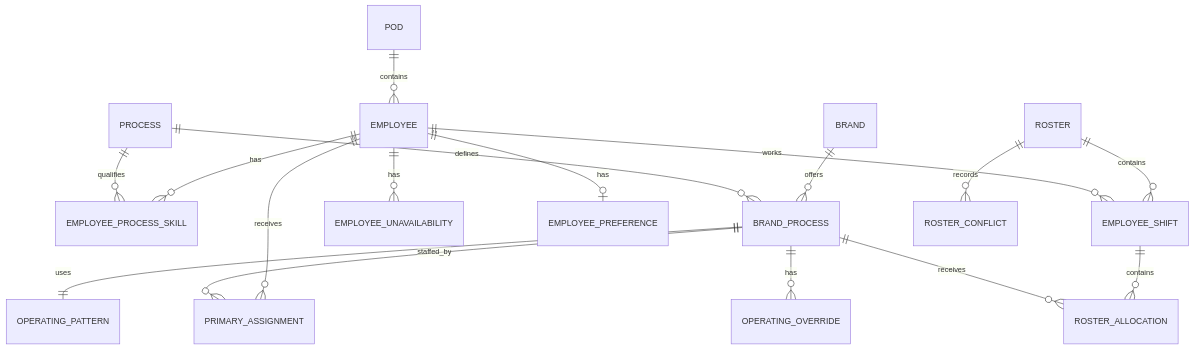
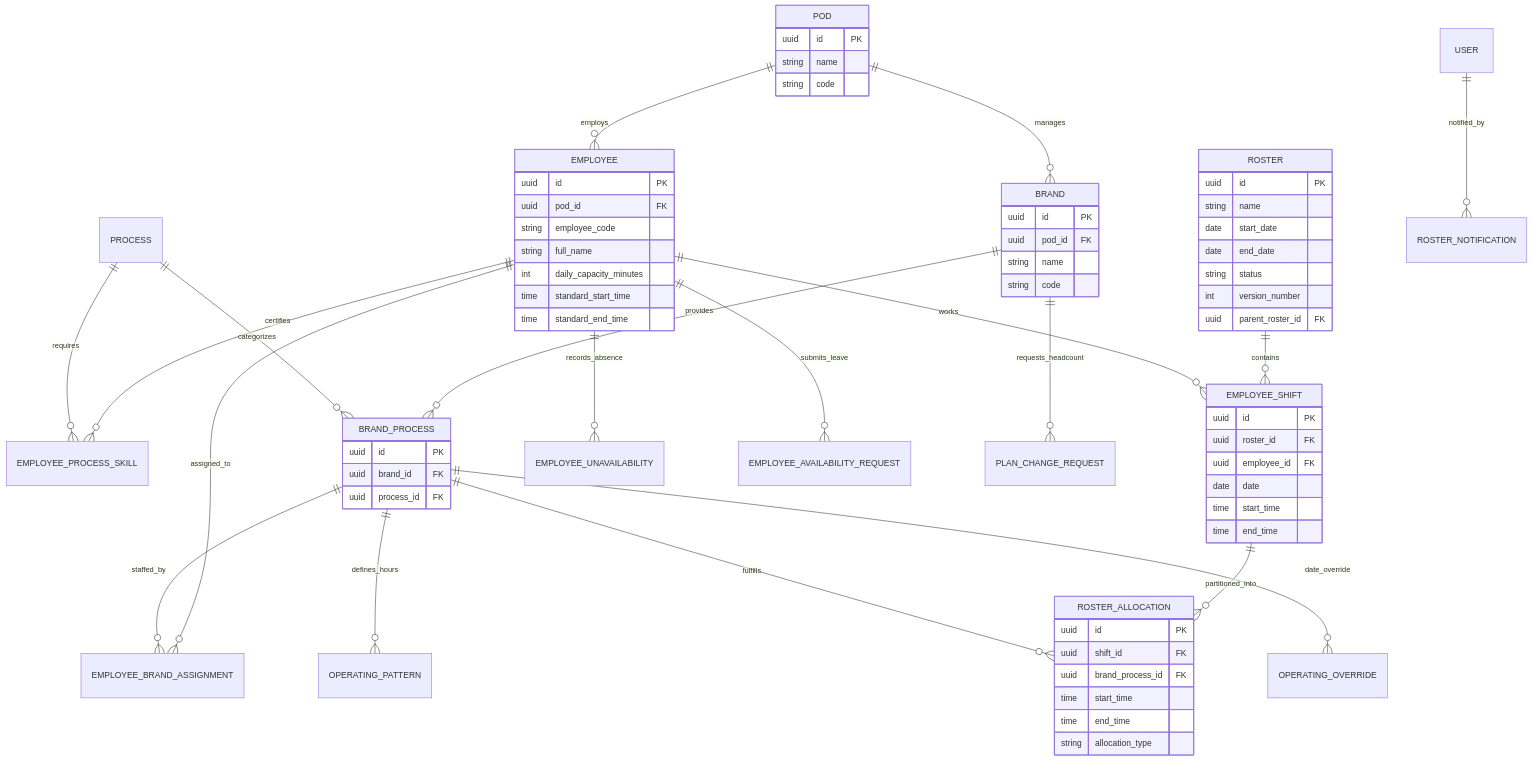
One commit to midatbest-core/RosterIQ changed the second of 6 diagrams in README.md. Above: the diagram before and after it, drawn with Mermaid. The commit also changed other lines of this file, not shown here.

````diff
--- a/README.md
+++ b/README.md
@@ -103,19 +145,78 @@
 ```mermaid
 erDiagram
-    POD ||--o{ EMPLOYEE : contains
-    EMPLOYEE ||--o{ EMPLOYEE_PROCESS_SKILL : has
-    PROCESS ||--o{ EMPLOYEE_PROCESS_SKILL : qualifies
-    BRAND ||--o{ BRAND_PROCESS : offers
-    PROCESS ||--o{ BRAND_PROCESS : defines
-    BRAND_PROCESS ||--|| OPERATING_PATTERN : uses
-    BRAND_PROCESS ||--o{ OPERATING_OVERRIDE : has
-    EMPLOYEE ||--o{ PRIMARY_ASSIGNMENT : receives
-    BRAND_PROCESS ||--o{ PRIMARY_ASSIGNMENT : staffed_by
-    EMPLOYEE ||--o{ EMPLOYEE_UNAVAILABILITY : has
-    EMPLOYEE ||--o| EMPLOYEE_PREFERENCE : has
+    POD ||--o{ EMPLOYEE : employs
+    POD ||--o{ BRAND : manages
+    EMPLOYEE ||--o{ EMPLOYEE_PROCESS_SKILL : certifies
+    PROCESS ||--o{ EMPLOYEE_PROCESS_SKILL : requires
+    BRAND ||--o{ BRAND_PROCESS : provides
+    PROCESS ||--o{ BRAND_PROCESS : categorizes
+    EMPLOYEE ||--o{ EMPLOYEE_BRAND_ASSIGNMENT : assigned_to
+    BRAND_PROCESS ||--o{ EMPLOYEE_BRAND_ASSIGNMENT : staffed_by
+    BRAND_PROCESS ||--o{ OPERATING_PATTERN : defines_hours
+    BRAND_PROCESS ||--o{ OPERATING_OVERRIDE : date_override
     ROSTER ||--o{ EMPLOYEE_SHIFT : contains
     EMPLOYEE ||--o{ EMPLOYEE_SHIFT : works
-    EMPLOYEE_SHIFT ||--o{ ROSTER_ALLOCATION : contains
-    BRAND_PROCESS ||--o{ ROSTER_ALLOCATION : receives
-    ROSTER ||--o{ ROSTER_CONFLICT : records
+    EMPLOYEE_SHIFT ||--o{ ROSTER_ALLOCATION : partitioned_into
+    BRAND_PROCESS ||--o{ ROSTER_ALLOCATION : fulfills
+    EMPLOYEE ||--o{ EMPLOYEE_UNAVAILABILITY : records_absence
+    EMPLOYEE ||--o{ EMPLOYEE_AVAILABILITY_REQUEST : submits_leave
+    BRAND ||--o{ PLAN_CHANGE_REQUEST : requests_headcount
+    USER ||--o{ ROSTER_NOTIFICATION : notified_by
+
+    POD {
+        uuid id PK
+        string name
+        string code
+    }
+
+    EMPLOYEE {
+        uuid id PK
+        uuid pod_id FK
+        string employee_code
+        string full_name
+        int daily_capacity_minutes
+        time standard_start_time
+        time standard_end_time
+    }
+
+    BRAND {
+        uuid id PK
+        uuid pod_id FK
+        string name
+        string code
+    }
+
+    BRAND_PROCESS {
+        uuid id PK
+        uuid brand_id FK
+        uuid process_id FK
+    }
+
+    ROSTER {
+        uuid id PK
+        string name
+        date start_date
+        date end_date
+        string status
+        int version_number
+        uuid parent_roster_id FK
+    }
+
+    EMPLOYEE_SHIFT {
+        uuid id PK
+        uuid roster_id FK
+        uuid employee_id FK
+        date date
+        time start_time
+        time end_time
+    }
+
+    ROSTER_ALLOCATION {
+        uuid id PK
+        uuid shift_id FK
+        uuid brand_process_id FK
+        time start_time
+        time end_time
+        string allocation_type
+    }
 ```
````
